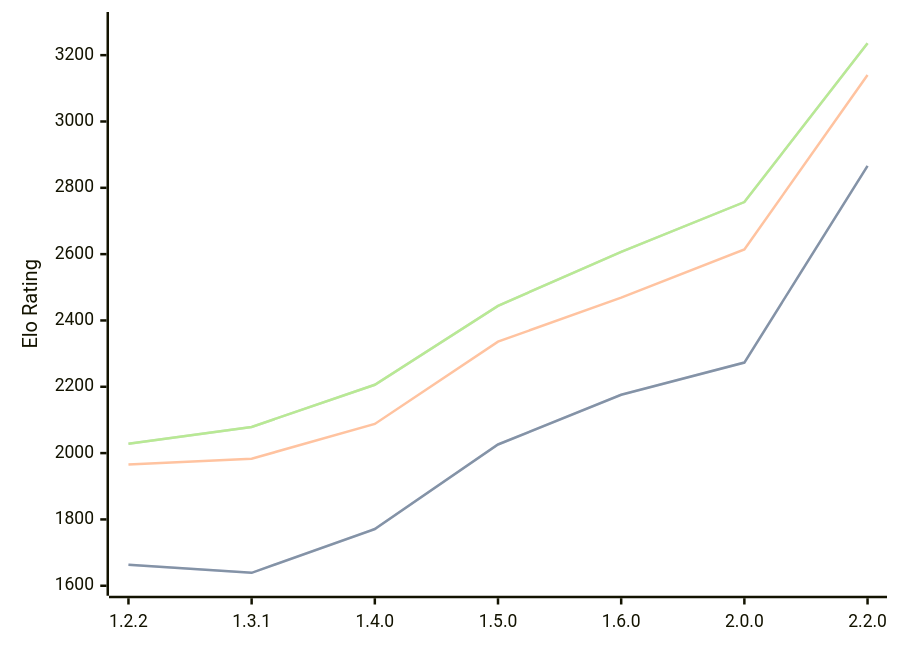
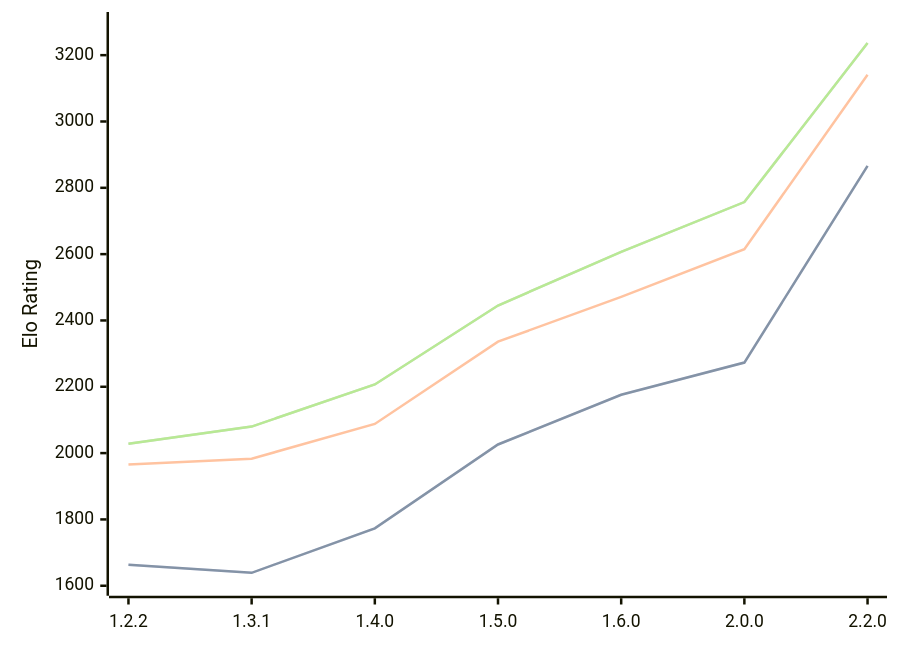
The diagram in engines/SoloEngine.md (computer-chess-index/cci), drawn with Mermaid before and after one commit. The commit also changed other lines of this file, not shown here.

Commit message:
Update CCI Ratings (ELO VLTC) - 2026-09-08

````diff
--- a/engines/SoloEngine.md
+++ b/engines/SoloEngine.md
@@ -38,11 +38,11 @@
 ```mermaid
 %%{init: {"theme":"base","themeVariables":{"seriesColors:['#a3a3a3','#222221','#faa371']}}}%%
 xychart-beta
   x-axis ["1.2.2", "1.3.1", "1.4.0", "1.5.0", "1.6.0", "2.0.0", "2.2.0"]
   y-axis "Elo Rating" 1600 --> 3300
-  line "" [1663, 1639, 1771, 2026, 2176, 2273, 2866]
-  line "STC (8.0+0.08s)" [1663, 1639, 1771, 2026, 2176, 2273, 2866]
-  line "LTC (60.0+0.60s)" [1966, 1983, 2088, 2336, 2469, 2614, 3140]
-  line "" [2028, 2079, 2206, 2444, 2607, 2757, 3236]
-  line "VLTC (2m24s+1.12s)" [2028, 2079, 2206, 2444, 2607, 2757, 3236]
+  line "" [1663, 1639, 1773, 2026, 2176, 2273, 2866]
+  line "STC (8.0+0.08s)" [1663, 1639, 1773, 2026, 2176, 2273, 2866]
+  line "LTC (60.0+0.60s)" [1966, 1983, 2088, 2336, 2471, 2615, 3141]
+  line "" [2028, 2080, 2207, 2445, 2607, 2757, 3237]
+  line "VLTC (2m24s+1.12s)" [2028, 2080, 2207, 2445, 2607, 2757, 3237]
 ```
````
